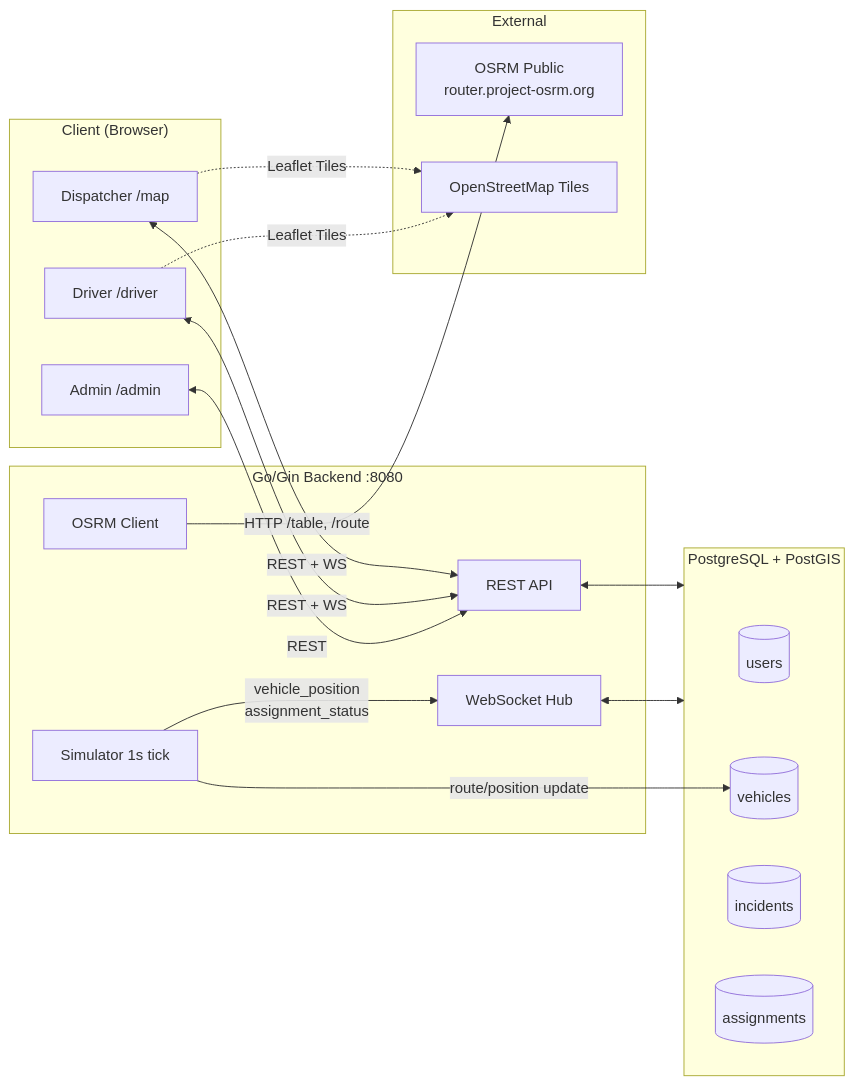
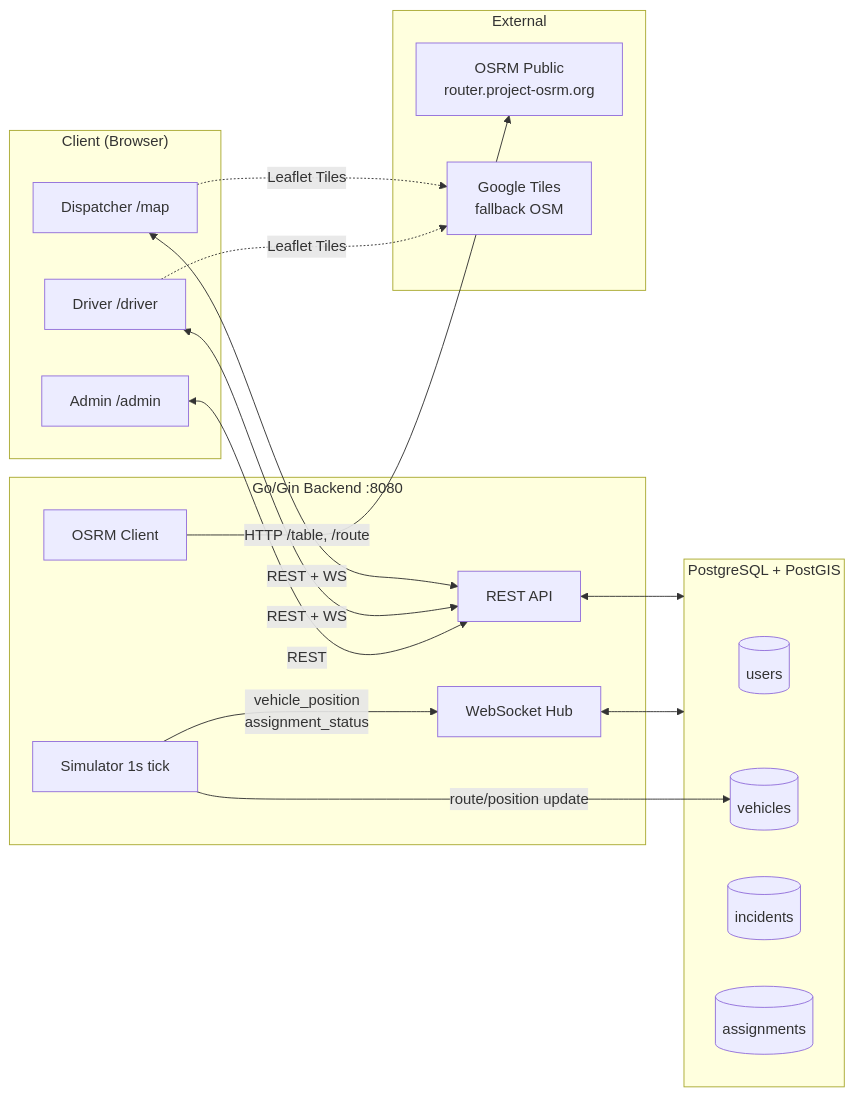
Before and after one commit to denipurwanto10/Dispatch-Emergency: the diagram in README.md, drawn with Mermaid. The commit also changed other lines of this file and 1 other file, not shown here.

````diff
--- a/README.md
+++ b/README.md
@@ -520,39 +531,39 @@
 ```mermaid
 flowchart LR
     subgraph Client["Client (Browser)"]
         D[Dispatcher /map]
         R[Driver /driver]
         A[Admin /admin]
     end
 
     subgraph Server["Go/Gin Backend :8080"]
         REST[REST API]
         WS[WebSocket Hub]
         SIM[Simulator 1s tick]
         OSRM[OSRM Client]
     end
 
     subgraph DB["PostgreSQL + PostGIS"]
         U[(users)]
         V[(vehicles)]
         I[(incidents)]
         AS[(assignments)]
     end
 
     subgraph Ext["External"]
         OSRM_SVC[OSRM Public<br/>router.project-osrm.org]
-        OSM[OpenStreetMap Tiles]
+        TILE[Google Tiles<br/>fallback OSM]
     end
 
     D <-->|REST + WS| REST
     R <-->|REST + WS| REST
     A <-->|REST| REST
 
     REST <--> DB
     WS <--> DB
     SIM -->|vehicle_position<br/>assignment_status| WS
     SIM -->|route/position update| V
     OSRM -->|HTTP /table, /route| OSRM_SVC
-    D -.->|Leaflet Tiles| OSM
-    R -.->|Leaflet Tiles| OSM
+    D -.->|Leaflet Tiles| TILE
+    R -.->|Leaflet Tiles| TILE
 ```
````
